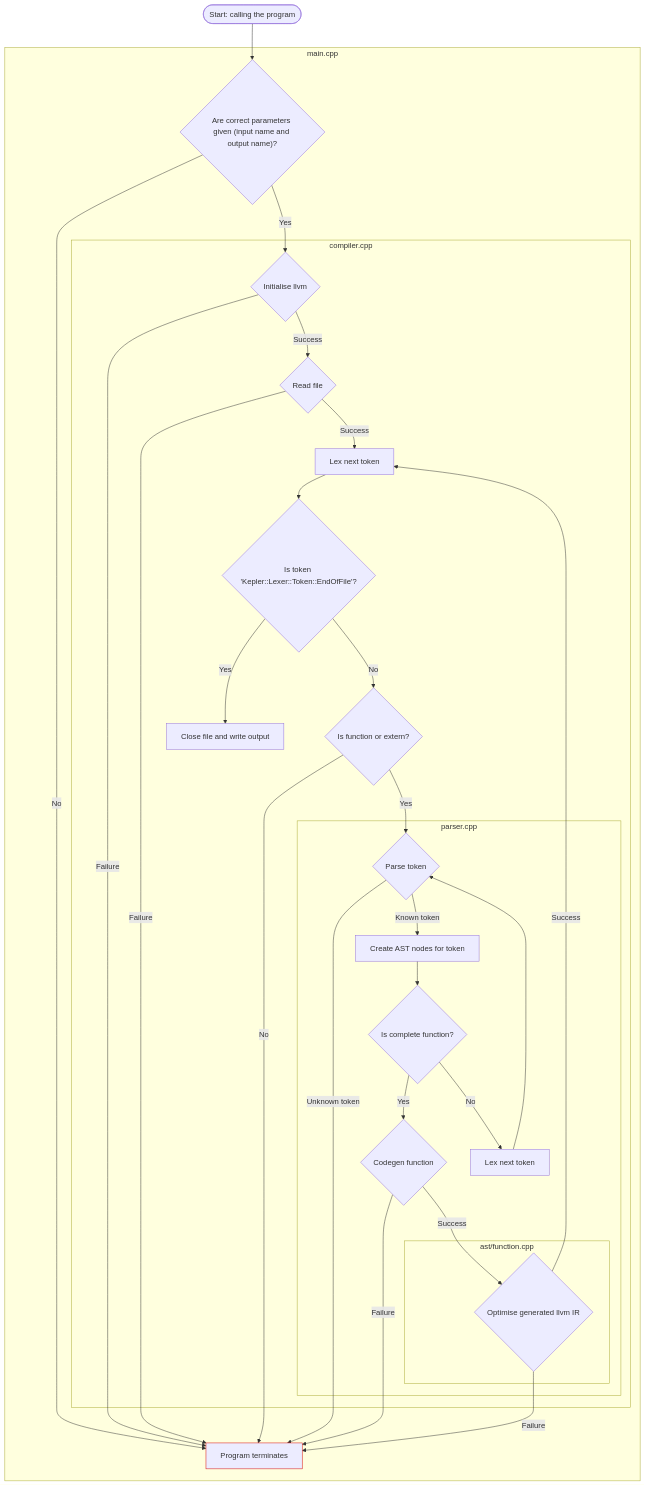
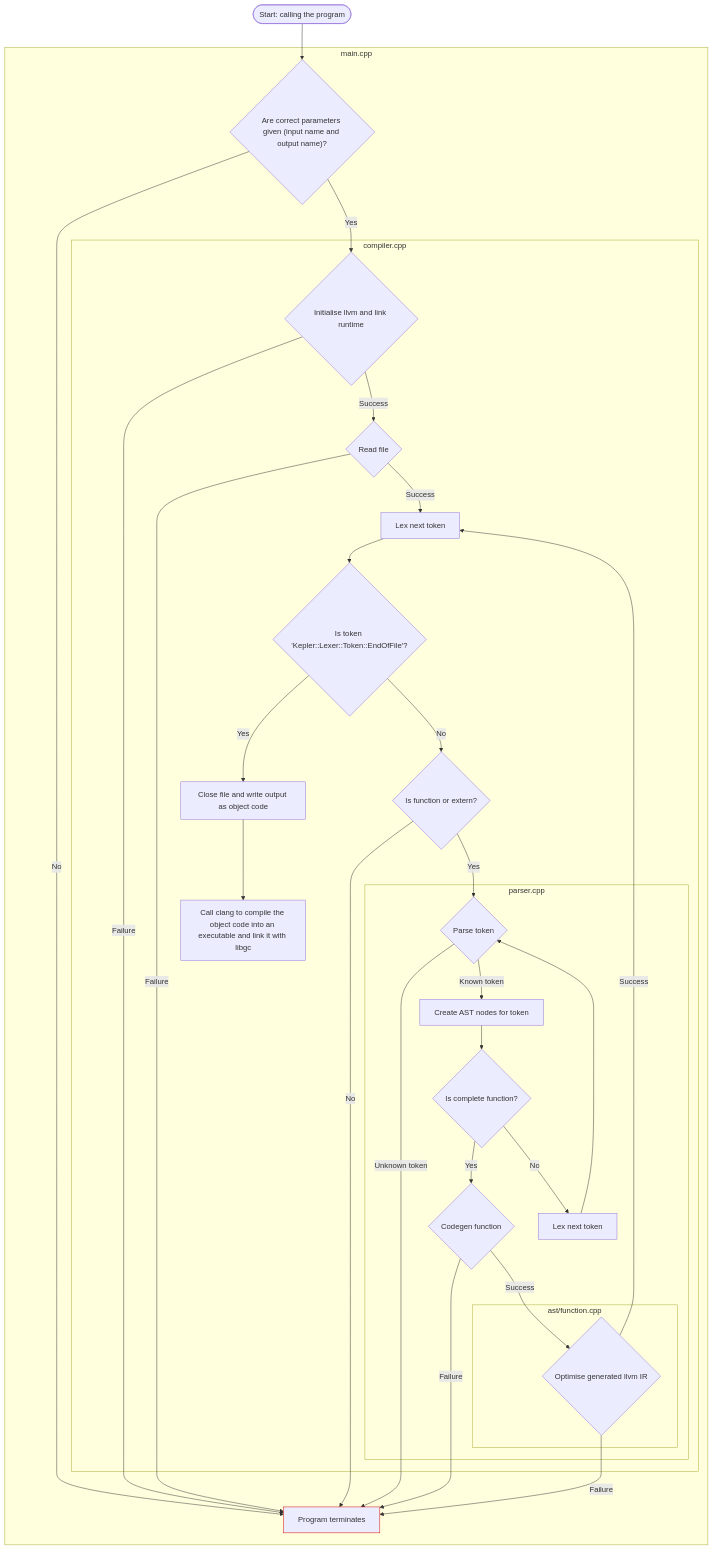
One commit to Achat-Dev/Kepler changed the first of 4 diagrams in docs/technical_documentation.md. Above: the diagram before and after it, drawn with Mermaid. The commit also changed other lines of this file and 2 other files, not shown here.

Commit message:
add: section about the runtime to the docs

````diff
--- a/docs/technical_documentation.md
+++ b/docs/technical_documentation.md
@@ -36,38 +41,39 @@
 ```mermaid
 flowchart TD
   A([Start: calling the program]) --> B
   subgraph main.cpp
     B{"Are correct parameters given (input name and output name)?"}
     B -- No --> D[Program terminates]
     B -- Yes --> C
     C -- Failure --> D
     E -- Failure --> D
     I -- No --> D
     J -- Unknown token --> D
     M -- Failure --> D
     N -- Failure --> D
     subgraph compiler.cpp
-      C{Initialise llvm}
+      C{Initialise llvm and link runtime}
       C -- Success --> E{Read file}
-      E-- Success --> F[Lex next token]
+      E -- Success --> F[Lex next token]
       F --> G{Is token 'Kepler::Lexer::Token::EndOfFile'?}
-      G -- Yes --> H[Close file and write output]
+      G -- Yes --> H[Close file and write output as object code]
       G -- No --> I{Is function or extern?}
+      H --> P[Call clang to compile the object code into an executable and link it with libgc]
       I -- Yes --> J
       N -- Success --> F
       subgraph parser.cpp
         J{Parse token}
         J -- Known token --> K[Create AST nodes for token]
         K --> L{Is complete function?}
         L -- Yes --> M{Codegen function}
         L -- No --> O[Lex next token]
         M -- Success --> N
         O --> J
         subgraph ast/function.cpp
           N{Optimise generated llvm IR}
         end
       end
     end
   end
   style D stroke:#D50000
 ```
````
